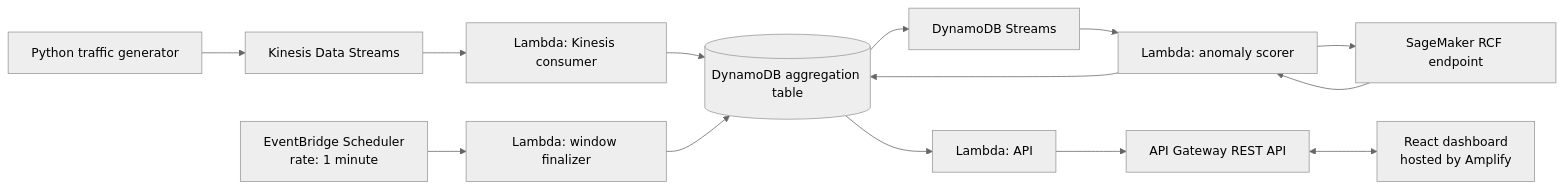
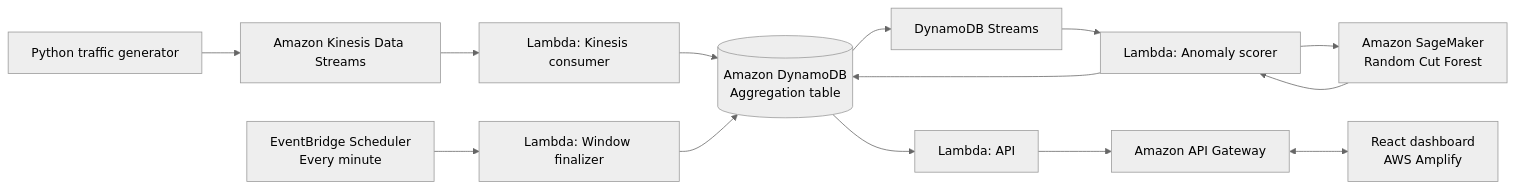
The diagram in README.md (bryanwork6099/AWS-Network-Anomaly-Detection), drawn with Mermaid (neutral theme) before and after one commit. The commit also changed other lines of this file, not shown here.

````diff
--- a/README.md
+++ b/README.md
@@ -58,19 +71,19 @@
-``` mermaid
+```mermaid
 flowchart LR
-    A["Python traffic generator"] --> B["Kinesis Data Streams"]
+    A["Python traffic generator"] --> B["Amazon Kinesis Data Streams"]
     B --> C["Lambda: Kinesis consumer"]
-    C --> D[("DynamoDB aggregation table")]
+    C --> D[("Amazon DynamoDB<br/>Aggregation table")]
 
-    E["EventBridge Scheduler<br/>rate: 1 minute"] --> F["Lambda: window finalizer"]
+    E["EventBridge Scheduler<br/>Every minute"] --> F["Lambda: Window finalizer"]
     F --> D
 
     D --> G["DynamoDB Streams"]
-    G --> H["Lambda: anomaly scorer"]
-    H --> I["SageMaker RCF endpoint"]
+    G --> H["Lambda: Anomaly scorer"]
+    H --> I["Amazon SageMaker<br/>Random Cut Forest"]
     I --> H
     H --> D
 
     D --> J["Lambda: API"]
-    J --> K["API Gateway REST API"]
-    K <--> L["React dashboard<br/>hosted by Amplify"]
+    J --> K["Amazon API Gateway"]
+    K <--> L["React dashboard<br/>AWS Amplify"]
 ```
````
